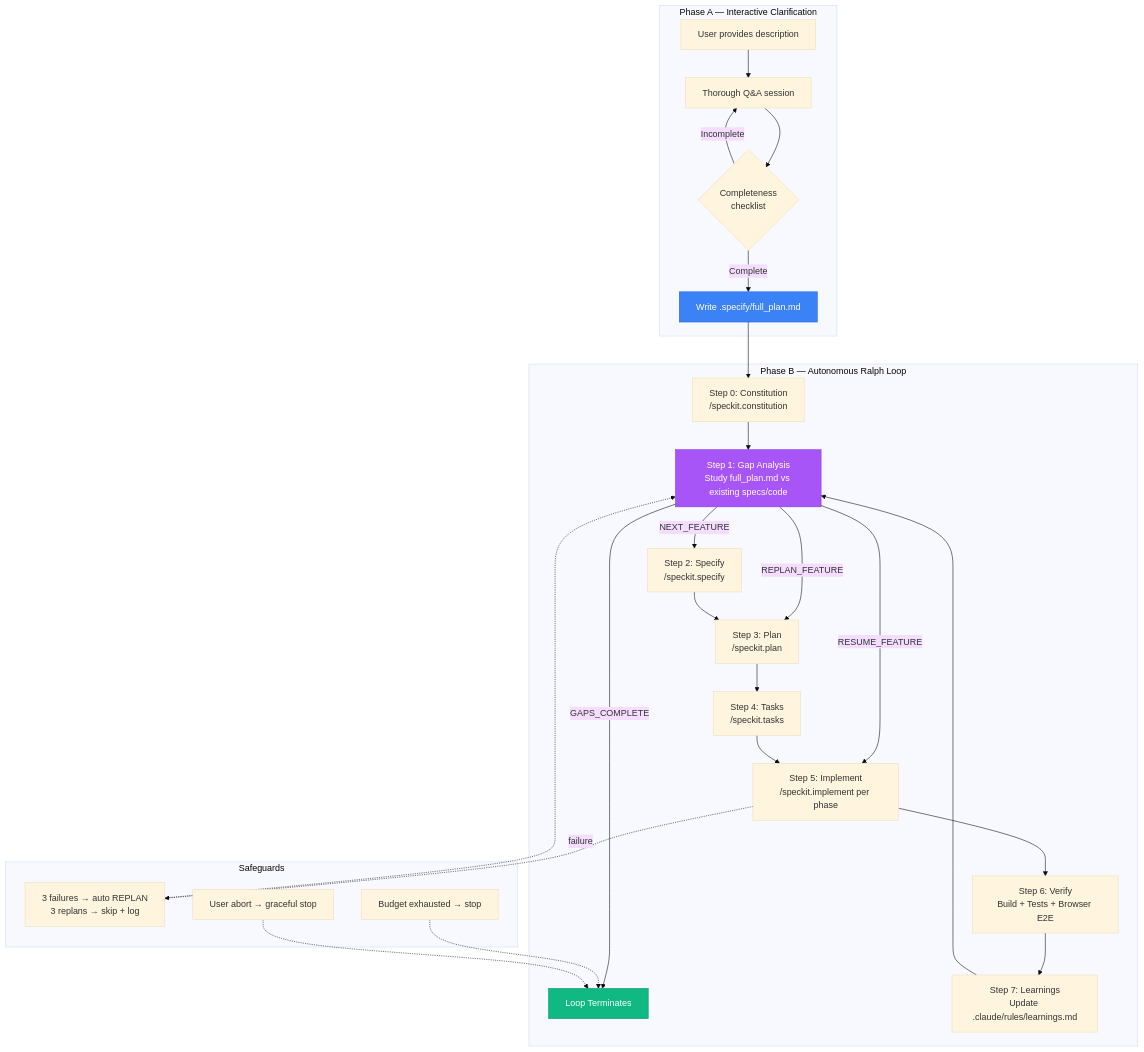
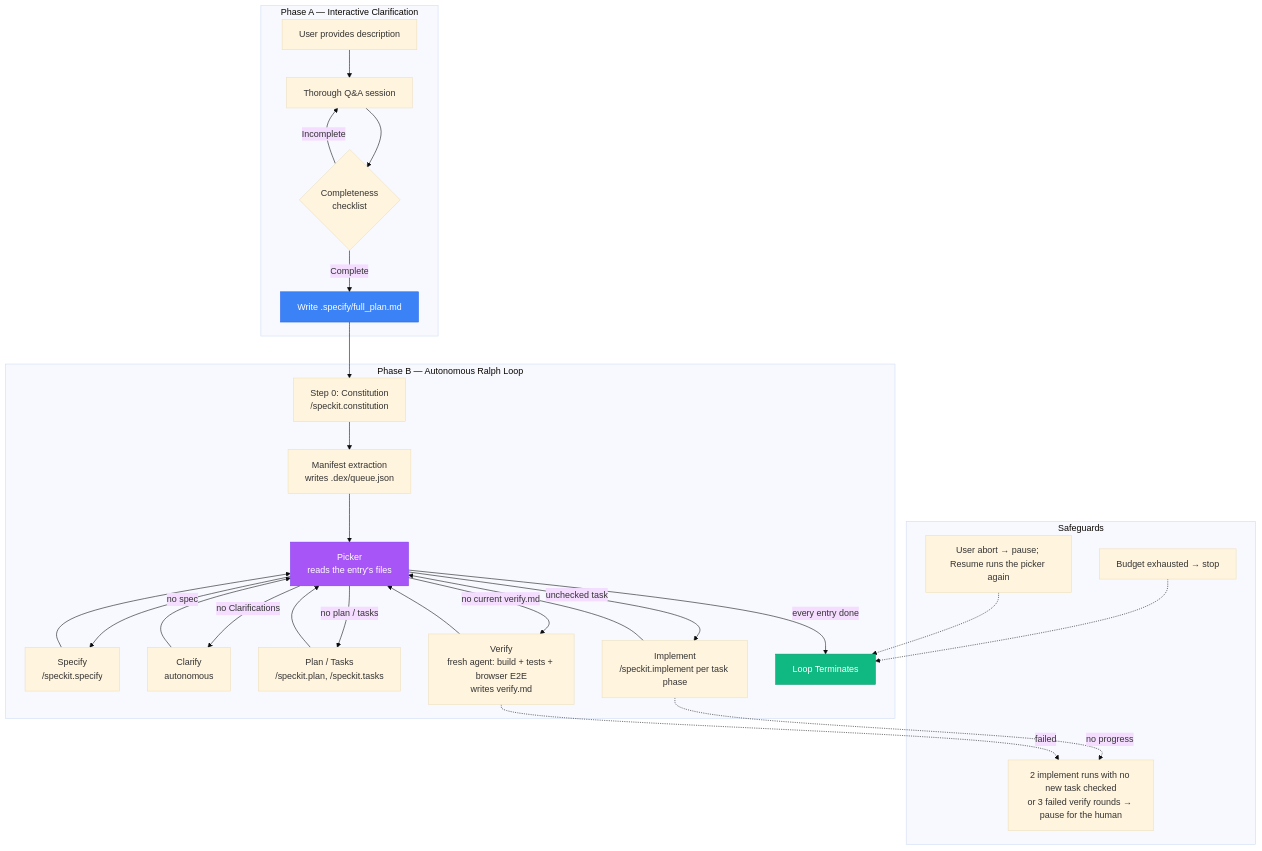
One commit to lukaskellerstein/dex changed the second of 11 diagrams in docs/SOLUTION.md. Above: the diagram before and after it, drawn with Mermaid (base theme). The commit also changed other lines of this file and 206 other files, not shown here.

First line of the commit message:
Lean core: a queue-driven loop, a policy file and the `dex run` CLI (015)

````diff
--- a/docs/SOLUTION.md
+++ b/docs/SOLUTION.md
@@ -131,41 +131,43 @@
 ```mermaid
 flowchart TB
     subgraph "Phase A — Interactive Clarification"
         USER[User provides description] --> CLARIFY[Thorough Q&A session]
         CLARIFY --> CHECKLIST{Completeness\nchecklist}
         CHECKLIST -->|Incomplete| CLARIFY
         CHECKLIST -->|Complete| FULLPLAN["Write .specify/full_plan.md"]
     end
 
     subgraph "Phase B — Autonomous Ralph Loop"
         FULLPLAN --> CONST["Step 0: Constitution\n/speckit.constitution"]
-        CONST --> GAP["Step 1: Gap Analysis\nStudy full_plan.md vs existing specs/code"]
+        CONST --> QUEUE["Manifest extraction\nwrites .dex/queue.json"]
+        QUEUE --> PICK["Picker\nreads the entry's files"]
 
-        GAP -->|NEXT_FEATURE| SPECIFY["Step 2: Specify\n/speckit.specify"]
-        GAP -->|RESUME_FEATURE| IMPL
-        GAP -->|REPLAN_FEATURE| PLAN
-        GAP -->|GAPS_COMPLETE| DONE[Loop Terminates]
+        PICK -->|no spec| SPECIFY["Specify\n/speckit.specify"]
+        PICK -->|no Clarifications| CLAR["Clarify\nautonomous"]
+        PICK -->|no plan / tasks| PLAN
+        PICK -->|unchecked task| IMPL
+        PICK -->|no current verify.md| VERIFY
+        PICK -->|every entry done| DONE[Loop Terminates]
 
-        SPECIFY --> PLAN["Step 3: Plan\n/speckit.plan"]
-        PLAN --> TASKS["Step 4: Tasks\n/speckit.tasks"]
-        TASKS --> IMPL["Step 5: Implement\n/speckit.implement per phase"]
-        IMPL --> VERIFY["Step 6: Verify\nBuild + Tests + Browser E2E"]
-        VERIFY --> LEARN["Step 7: Learnings\nUpdate .claude/rules/learnings.md"]
-        LEARN --> GAP
+        SPECIFY --> PICK
+        CLAR --> PICK
+        PLAN["Plan / Tasks\n/speckit.plan, /speckit.tasks"] --> PICK
+        IMPL["Implement\n/speckit.implement per task phase"] --> PICK
+        VERIFY["Verify\nfresh agent: build + tests + browser E2E\nwrites verify.md"] --> PICK
     end
 
     subgraph "Safeguards"
-        FAIL_TRACK["3 failures → auto REPLAN\n3 replans → skip + log"]
+        STUCK["2 implement runs with no new task checked\nor 3 failed verify rounds → pause for the human"]
         BUDGET["Budget exhausted → stop"]
-        ABORT["User abort → graceful stop"]
+        ABORT["User abort → pause; Resume runs the picker again"]
     end
 
-    IMPL -.->|failure| FAIL_TRACK
-    FAIL_TRACK -.-> GAP
+    IMPL -.->|no progress| STUCK
+    VERIFY -.->|failed| STUCK
     BUDGET -.-> DONE
     ABORT -.-> DONE
 
     style FULLPLAN fill:#3b82f6,stroke:#2563eb,color:#fff
-    style GAP fill:#a855f7,stroke:#7c3aed,color:#fff
+    style PICK fill:#a855f7,stroke:#7c3aed,color:#fff
     style DONE fill:#10b981,stroke:#059669,color:#fff
 ```
````
